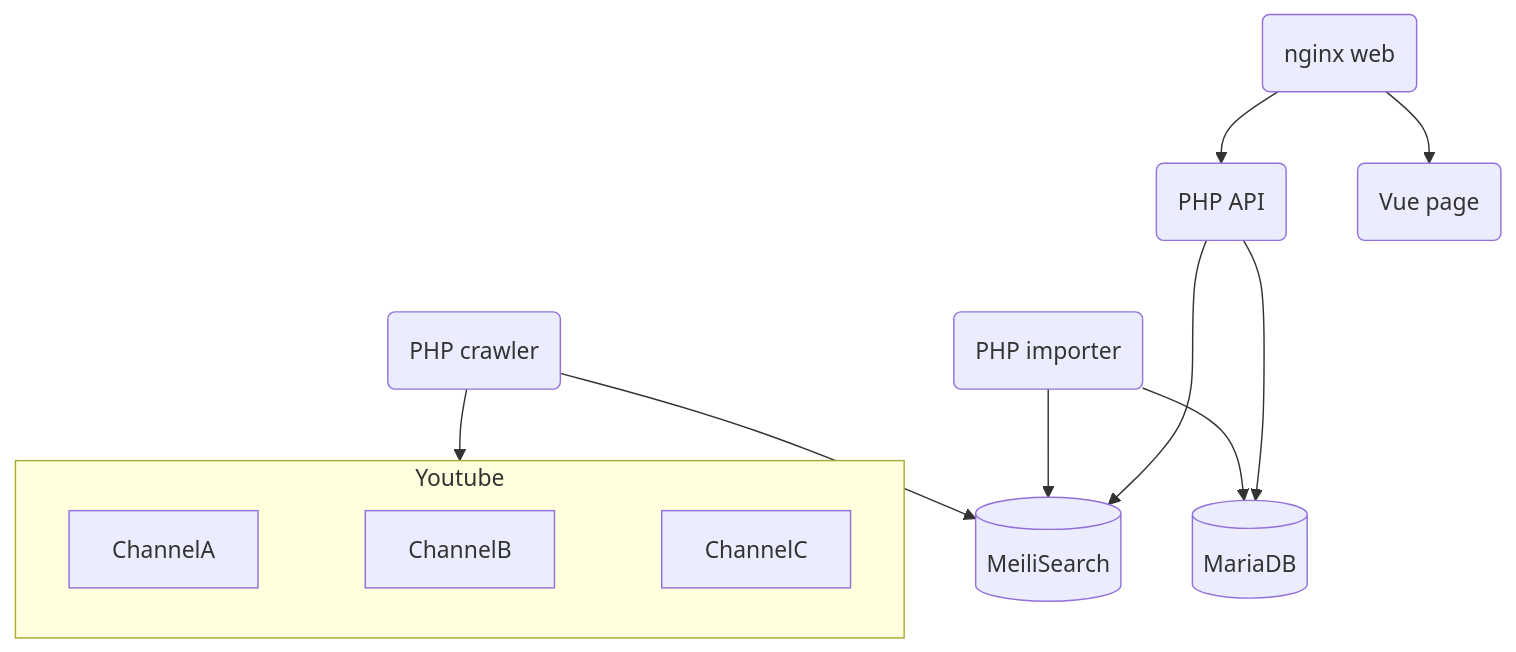
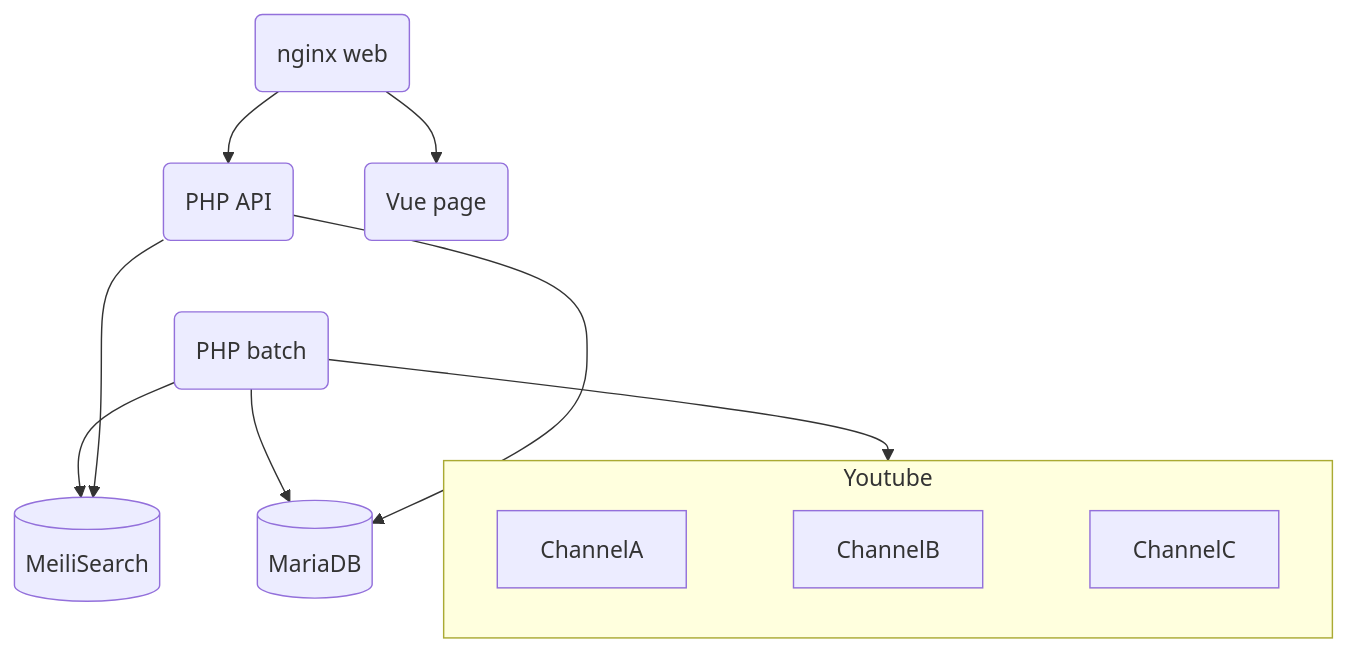
Before and after one commit to joyrswd/youtube-clip-api: the diagram in README.md, drawn with Mermaid. The commit also changed other lines of this file and 19 other files, not shown here.

````diff
--- a/README.md
+++ b/README.md
@@ -23,23 +23,21 @@
 ```mermaid
 graph TB
     subgraph Youtube
         ChannelA
         ~~~ChannelB
         ~~~ChannelC
     end
-    B(PHP crawler)
-    C[(MeiliSearch)]
-    D[(MariaDB)]
-    E(PHP importer)
-    F(PHP API)
-    G(Vue page)
-    H(nginx web)
+    B(PHP batch)
+    C[(MariaDB)]
+    D[(MeiliSearch)]
+    E(PHP API)
+    F(Vue page)
+    G(nginx web)
     B --> Youtube
     B --> C
-    E --> C
+    B --> D
     E --> D
-    F --> D
-    F ---> C
-    H --> G 
-    H --> F
+    E ---> C
+    G --> E 
+    G --> F
 ```
````
